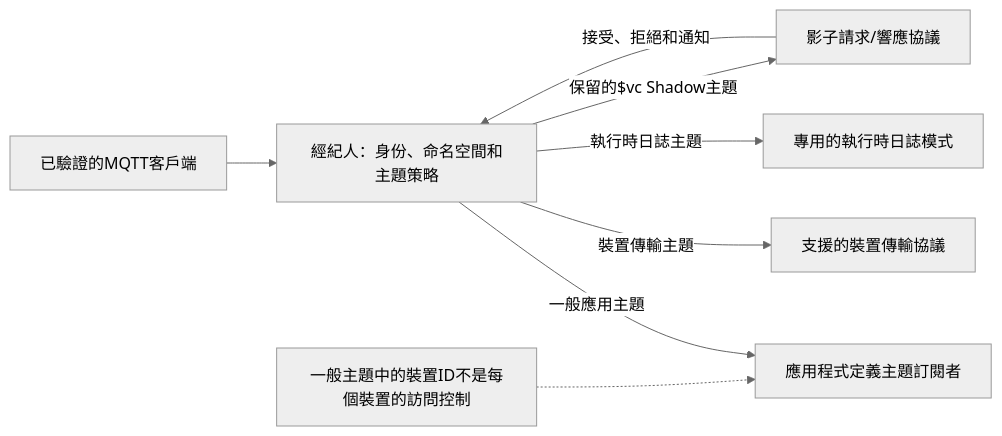
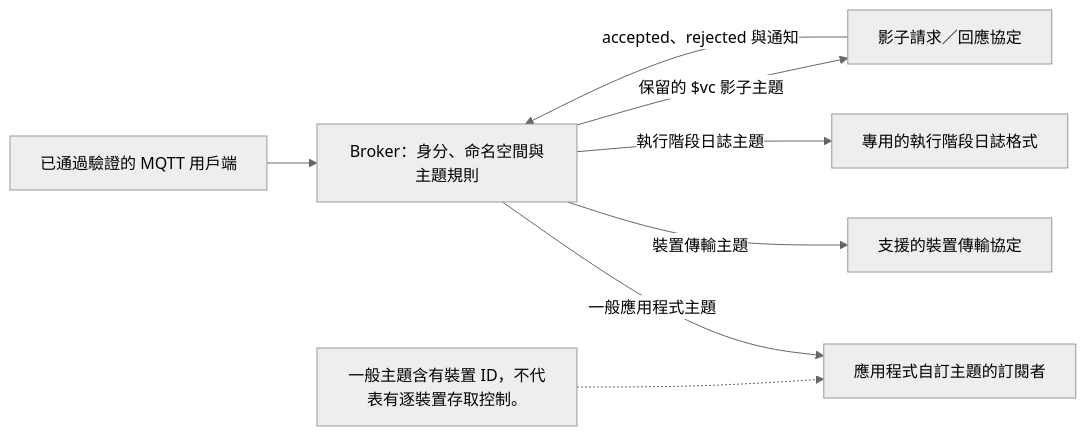
Before and after one commit to hkt999rtk/rtk_cloud_admin: the diagram in web/content/developer-docs/assets/mqtt-topic-families.zh-TW.mmd, drawn with Mermaid (neutral theme). The commit also changed 178 other files, not shown here.

```diff
--- a/web/content/developer-docs/assets/mqtt-topic-families.zh-TW.mmd
+++ b/web/content/developer-docs/assets/mqtt-topic-families.zh-TW.mmd
@@ -1,8 +1,8 @@
 flowchart LR
-    Client["已驗證的MQTT客戶端"] --> Broker["經紀人：身份、命名空間和主題策略"]
-    Broker -->|"一般應用主題"| General["應用程式定義主題訂閱者"]
-    Broker -->|"裝置傳輸主題"| Transport["支援的裝置傳輸協議"]
-    Broker -->|"執行時日誌主題"| Logs["專用的執行時日誌模式"]
-    Broker -->|"保留的$vc Shadow主題"| Shadow["影子請求/響應協議"]
-    Shadow -->|"接受、拒絕和通知"| Broker
-    Note["一般主題中的裝置ID不是每個裝置的訪問控制"] -.-> General
+    Client["已通過驗證的 MQTT 用戶端"] --> Broker["Broker：身分、命名空間與主題規則"]
+    Broker -->|"一般應用程式主題"| General["應用程式自訂主題的訂閱者"]
+    Broker -->|"裝置傳輸主題"| Transport["支援的裝置傳輸協定"]
+    Broker -->|"執行階段日誌主題"| Logs["專用的執行階段日誌格式"]
+    Broker -->|"保留的 $vc 影子主題"| Shadow["影子請求／回應協定"]
+    Shadow -->|"accepted、rejected 與通知"| Broker
+    Note["一般主題含有裝置 ID，不代表有逐裝置存取控制。"] -.-> General
```
